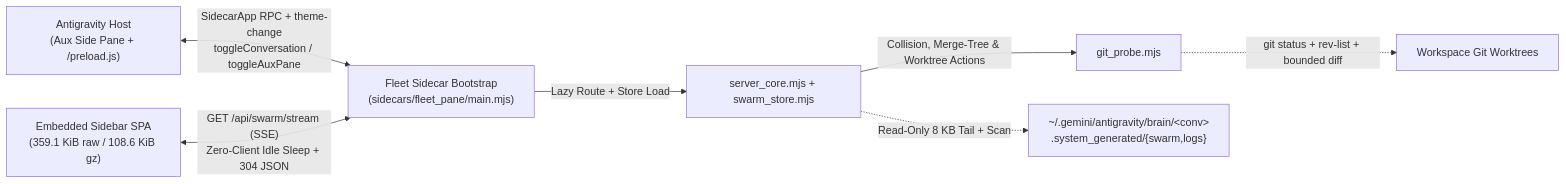
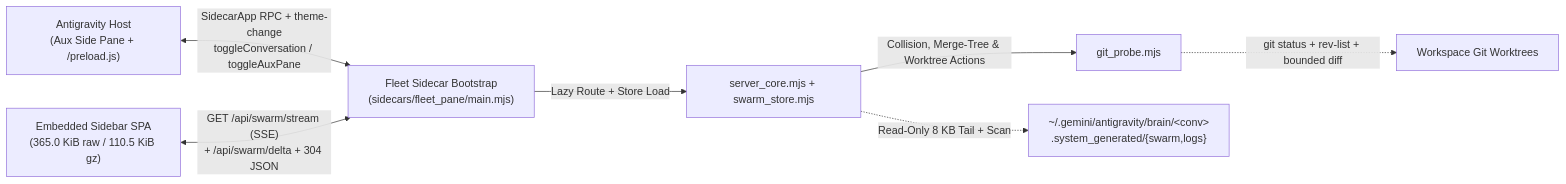
The diagram in README.md (cayleb-james2008/dsh-fleet), drawn with Mermaid before and after one commit. The commit also changed other lines of this file and 23 other files, not shown here.

````diff
--- a/README.md
+++ b/README.md
@@ -91,9 +91,9 @@
 ```mermaid
 flowchart LR
     Host["Antigravity Host<br/>(Aux Side Pane + /preload.js)"] <-->|"SidecarApp RPC + theme-change<br/>toggleConversation / toggleAuxPane"| Backend["Fleet Sidecar Bootstrap<br/>(sidecars/fleet_pane/main.mjs)"]
-    UI["Embedded Sidebar SPA<br/>(359.1 KiB raw / 108.6 KiB gz)"] <-->|"GET /api/swarm/stream (SSE)<br/>Zero-Client Idle Sleep + 304 JSON"| Backend
+    UI["Embedded Sidebar SPA<br/>(365.0 KiB raw / 110.5 KiB gz)"] <-->|"GET /api/swarm/stream (SSE)<br/>+ /api/swarm/delta + 304 JSON"| Backend
     Backend -->|"Lazy Route + Store Load"| Core["server_core.mjs + swarm_store.mjs"]
     Core -->|"Collision, Merge-Tree & Worktree Actions"| Git["git_probe.mjs"]
     Core -.->|"Read-Only 8 KB Tail + Scan"| Brain["~/.gemini/antigravity/brain/&lt;conv&gt;<br/>.system_generated/{swarm,logs}"]
     Git -.->|"git status + rev-list + bounded diff"| WT["Workspace Git Worktrees"]
 ```
````
